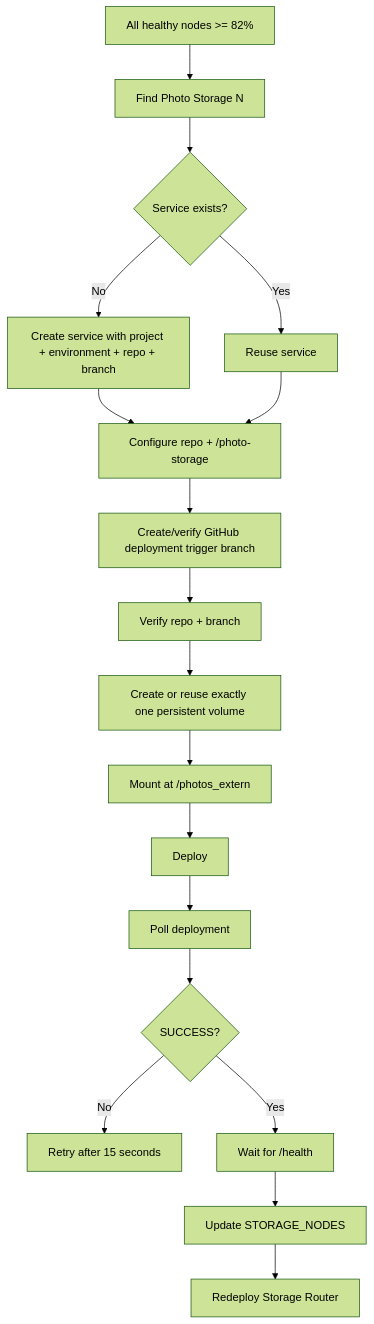
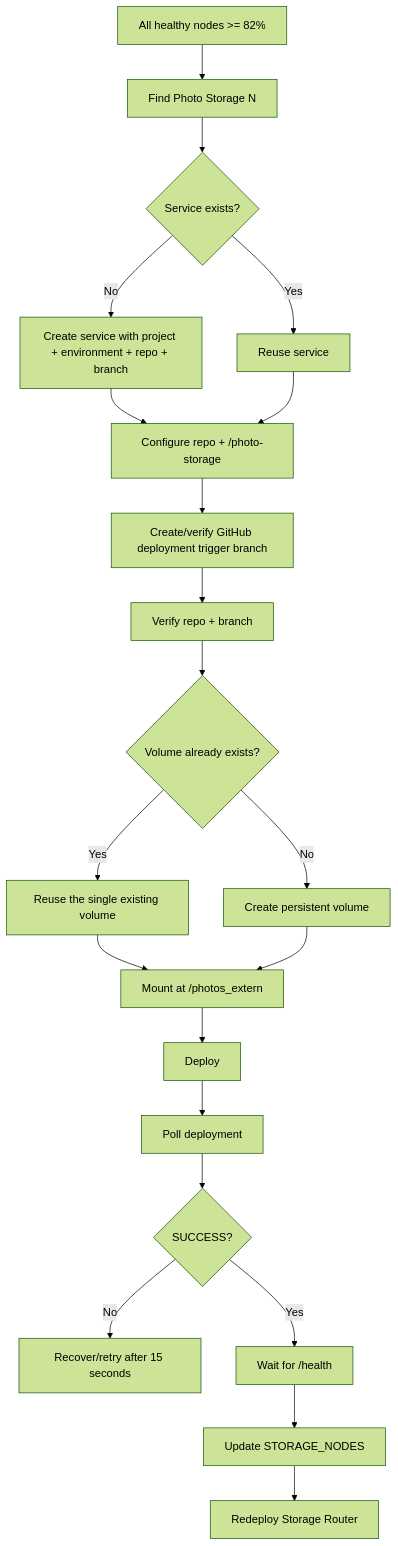
One commit to bowardzhang/immich changed the fourth of 6 diagrams in storage-router/README.en.md. Above: the diagram before and after it, drawn with Mermaid (forest theme). The commit also changed other lines of this file, not shown here.

Commit message:
docs: sync English Storage Router guide

````diff
--- a/storage-router/README.en.md
+++ b/storage-router/README.en.md
@@ -133,20 +139,23 @@
 ```mermaid
 flowchart TD
     A[All healthy nodes >= 82%] --> B[Find Photo Storage N]
     B --> C{Service exists?}
     C -- No --> D[Create service with project + environment + repo + branch]
     C -- Yes --> E[Reuse service]
     D --> F[Configure repo + /photo-storage]
     E --> F
     F --> G[Create/verify GitHub deployment trigger branch]
     G --> H[Verify repo + branch]
-    H --> I[Create or reuse exactly one persistent volume]
-    I --> J[Mount at /photos_extern]
-    J --> K[Deploy]
-    K --> L[Poll deployment]
-    L --> M{SUCCESS?}
-    M -- No --> X[Retry after 15 seconds]
-    M -- Yes --> N[Wait for /health]
-    N --> O[Update STORAGE_NODES]
-    O --> P[Redeploy Storage Router]
+    H --> I{Volume already exists?}
+    I -- Yes --> J[Reuse the single existing volume]
+    I -- No --> K[Create persistent volume]
+    J --> L[Mount at /photos_extern]
+    K --> L
+    L --> M[Deploy]
+    M --> N[Poll deployment]
+    N --> O{SUCCESS?}
+    O -- No --> X[Recover/retry after 15 seconds]
+    O -- Yes --> P[Wait for /health]
+    P --> Q[Update STORAGE_NODES]
+    Q --> R[Redeploy Storage Router]
 ```
````
